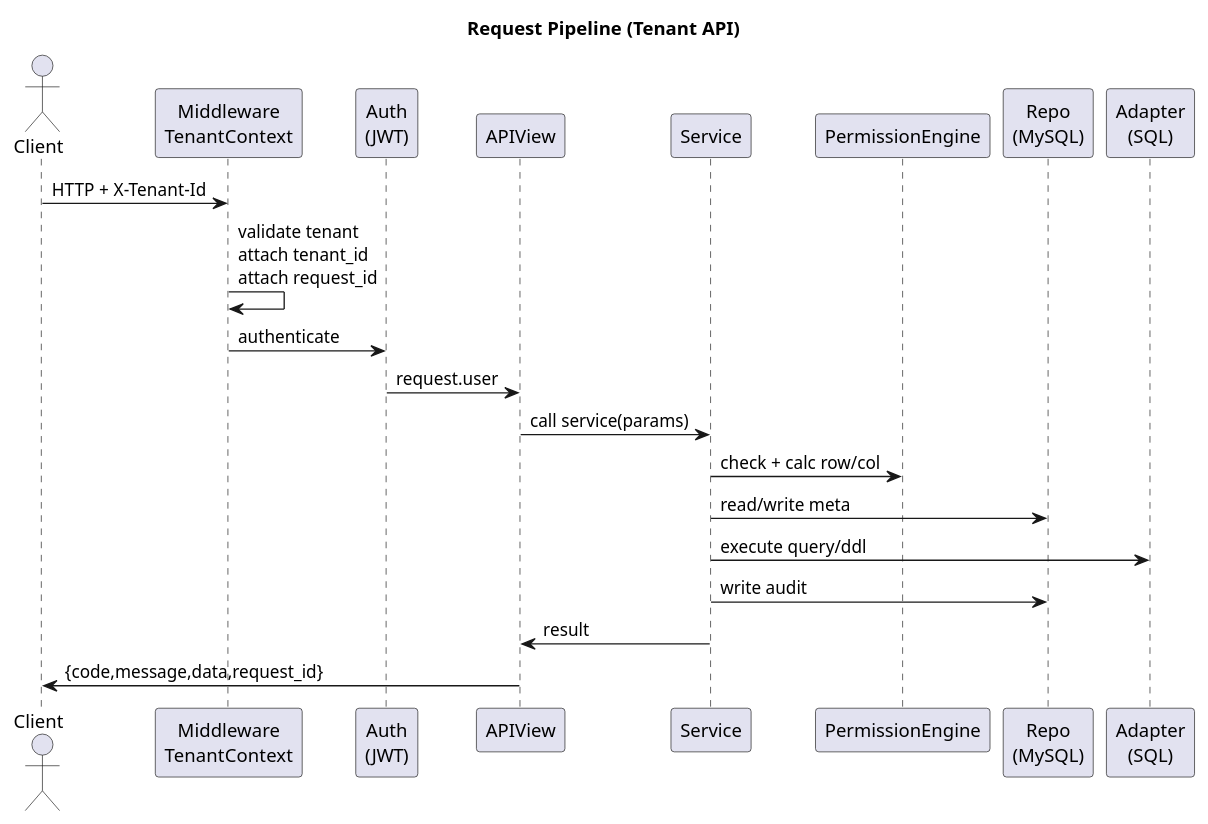
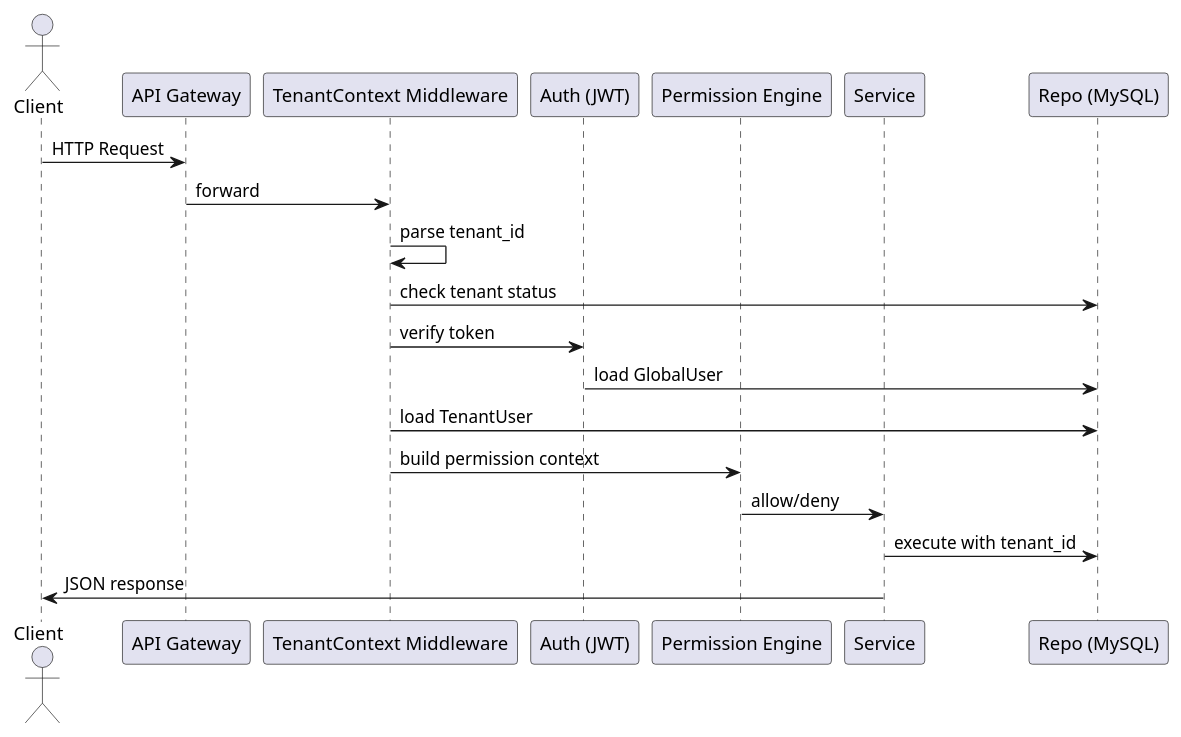
The second of 7 diagrams in docs/tech.md (FangZiyong/grass), drawn with PlantUML before and after one commit. The commit also changed other lines of this file and 3 other files, not shown here.

````diff
--- a/docs/tech.md
+++ b/docs/tech.md
@@ -78,28 +318,23 @@
 ```plantuml
 @startuml
-title Request Pipeline (Tenant API)
+actor Client
+participant "API Gateway" as GW
+participant "TenantContext Middleware" as MW
+participant "Auth (JWT)" as AUTH
+participant "Permission Engine" as PE
+participant "Service" as SVC
+participant "Repo (MySQL)" as DB
 
-actor Client
-participant "Middleware\nTenantContext" as MW
-participant "Auth\n(JWT)" as AUTH
-participant "APIView" as VIEW
-participant "Service" as SVC
-participant "PermissionEngine" as PE
-participant "Repo\n(MySQL)" as REPO
-participant "Adapter\n(SQL)" as ADP
-
-Client -> MW : HTTP + X-Tenant-Id
-MW -> MW : validate tenant\nattach tenant_id\nattach request_id
-MW -> AUTH : authenticate
-AUTH -> VIEW : request.user
-VIEW -> SVC : call service(params)
-SVC -> PE : check + calc row/col
-SVC -> REPO : read/write meta
-SVC -> ADP : execute query/ddl
-SVC -> REPO : write audit
-SVC -> VIEW : result
-VIEW -> Client : {code,message,data,request_id}
-
+Client -> GW : HTTP Request
+GW -> MW : forward
+MW -> MW : parse tenant_id
+MW -> DB : check tenant status
+MW -> AUTH : verify token
+AUTH -> DB : load GlobalUser
+MW -> DB : load TenantUser
+MW -> PE : build permission context
+PE -> SVC : allow/deny
+SVC -> DB : execute with tenant_id
+SVC -> Client : JSON response
 @enduml
-
 ```
````
